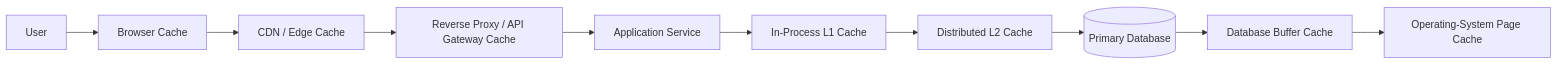
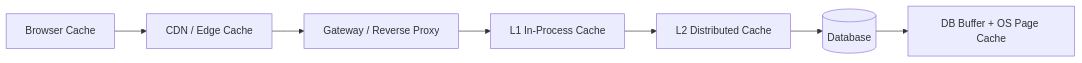
The second of 12 diagrams in src/content/system-design/caching-layers-stampede.md (AvadhBhalodiya/Interview-Preparation), drawn with Mermaid before and after one commit. The commit also changed other lines of this file and 54 other files, not shown here.

````diff
--- a/src/content/system-design/caching-layers-stampede.md
+++ b/src/content/system-design/caching-layers-stampede.md
@@ -73,12 +87,12 @@
 ```mermaid
 flowchart LR
-    U[User] --> B[Browser Cache]
-    B --> CDN[CDN / Edge Cache]
-    CDN --> GW[Reverse Proxy / API Gateway Cache]
-    GW --> APP[Application Service]
-    APP --> L1[In-Process L1 Cache]
-    L1 --> L2[Distributed L2 Cache]
-    L2 --> DB[(Primary Database)]
-    DB --> DBC[Database Buffer Cache]
-    DBC --> OSC[Operating-System Page Cache]
+    Browser[Browser Cache]
+    CDN[CDN / Edge Cache]
+    Gateway[Gateway / Reverse Proxy]
+    L1[L1 In-Process Cache]
+    L2[L2 Distributed Cache]
+    DB[(Database)]
+    OS[DB Buffer + OS Page Cache]
+
+    Browser --> CDN --> Gateway --> L1 --> L2 --> DB --> OS
 ```
````
